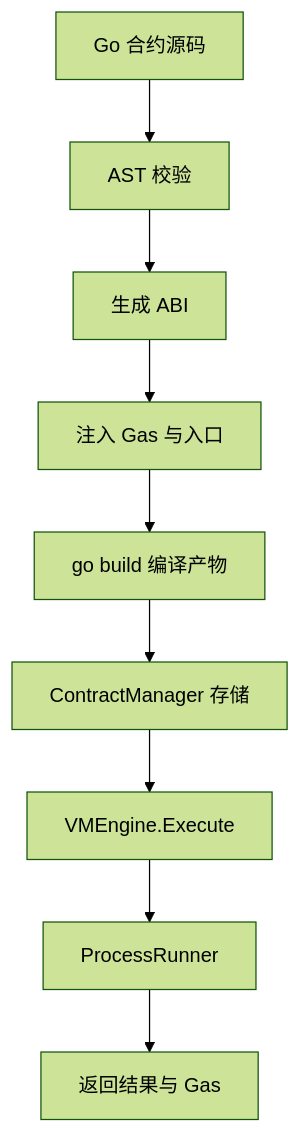
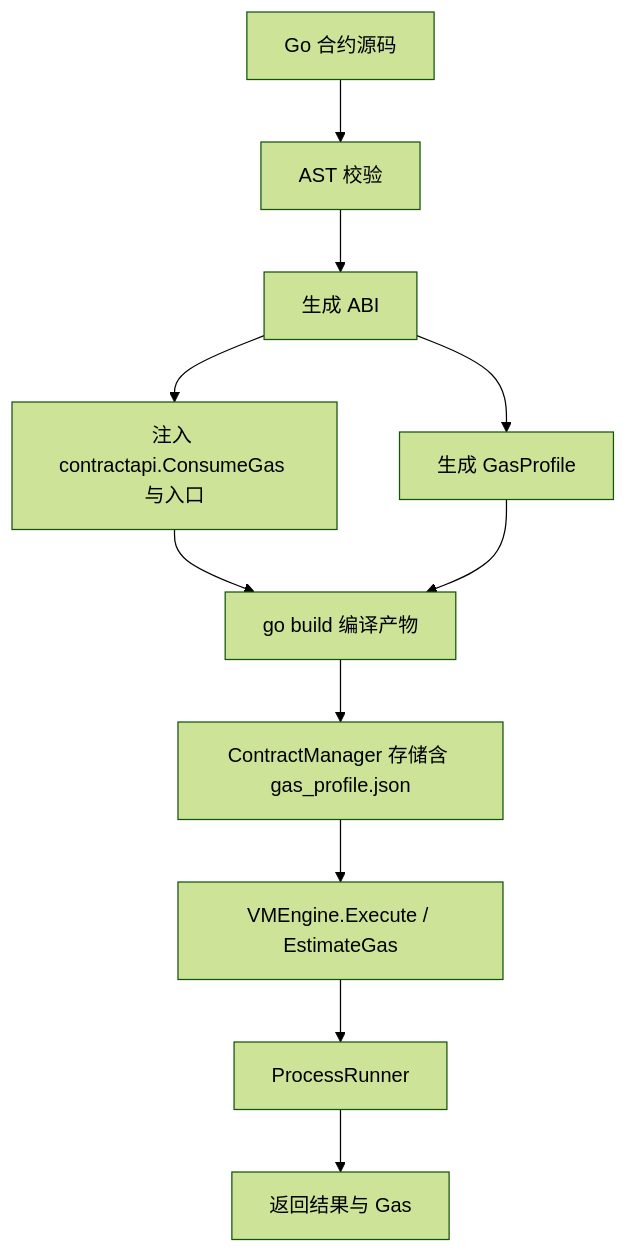
Before and after one commit to lengzhao/vm: the diagram in docs/architecture.md, drawn with Mermaid (forest theme). The commit also changed other lines of this file and 8 other files, not shown here.

Commit message:
docs: 同步 Gas 模型与 EstimateGas；补充基准

````diff
--- a/docs/architecture.md
+++ b/docs/architecture.md
@@ -19,11 +19,13 @@
 ```mermaid
 flowchart TD
     Source[Go 合约源码] --> Validate[AST 校验]
     Validate --> ABI[生成 ABI]
-    ABI --> Gas[注入 Gas 与入口]
+    ABI --> Profile[生成 GasProfile]
+    ABI --> Gas[注入 contractapi.ConsumeGas 与入口]
     Gas --> Build[go build 编译产物]
-    Build --> Store[ContractManager 存储]
-    Store --> Execute[VMEngine.Execute]
+    Profile --> Build
+    Build --> Store[ContractManager 存储含 gas_profile.json]
+    Store --> Execute[VMEngine.Execute / EstimateGas]
     Execute --> Runner[ProcessRunner]
     Runner --> Result[返回结果与 Gas]
 ```
````
